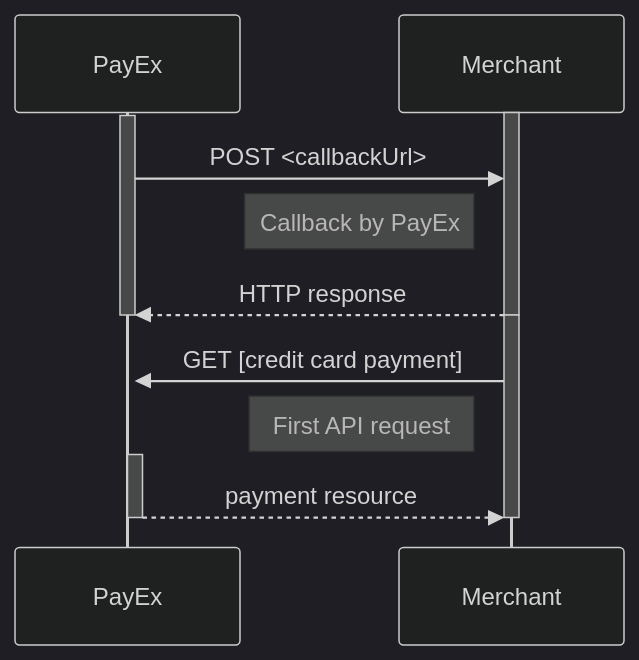
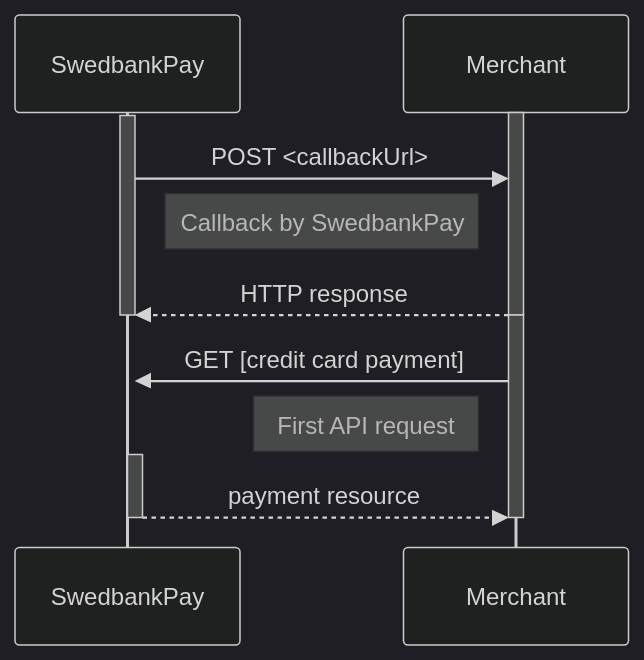
Before and after one commit to SwedbankPay/developer.swedbankpay.com: the fourth of 10 diagrams in payments/credit-card/after-payment.md, drawn with Mermaid (dark theme). The commit also changed other lines of this file and 3 other files, not shown here.

````diff
--- a/payments/credit-card/after-payment.md
+++ b/payments/credit-card/after-payment.md
@@ -607,19 +607,19 @@
 ```mermaid
 sequenceDiagram
   activate Merchant
-  activate PayEx
-  PayEx->>Merchant: POST <callbackUrl>
-  note left of Merchant: Callback by PayEx
-  Merchant-->>PayEx: HTTP response
-  deactivate PayEx
+  activate SwedbankPay
+  SwedbankPay->>Merchant: POST <callbackUrl>
+  note left of Merchant: Callback by SwedbankPay
+  Merchant-->>SwedbankPay: HTTP response
+  deactivate SwedbankPay
   deactivate Merchant
 
   activate Merchant
-  activate PayEx
-  Merchant->>PayEx: GET [credit card payment]
+  activate SwedbankPay
+  Merchant->>SwedbankPay: GET [credit card payment]
   note left of Merchant: First API request
-  Activate PayEx
-  PayEx-->>Merchant: payment resource
-  deactivate PayEx
+  Activate SwedbankPay
+  SwedbankPay-->>Merchant: payment resource
+  deactivate SwedbankPay
   deactivate Merchant
 ```
````
